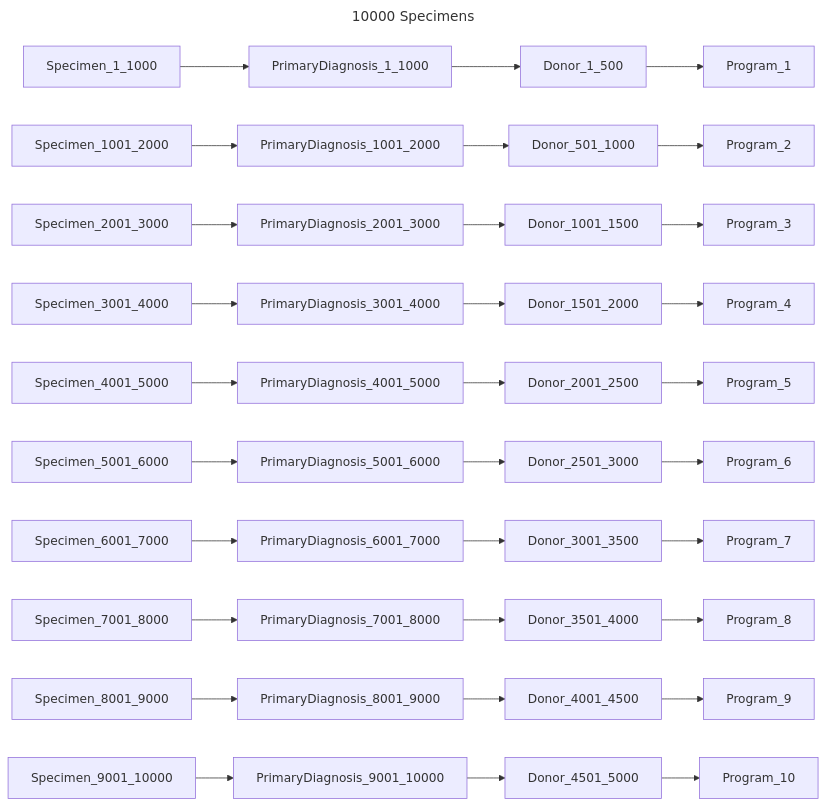
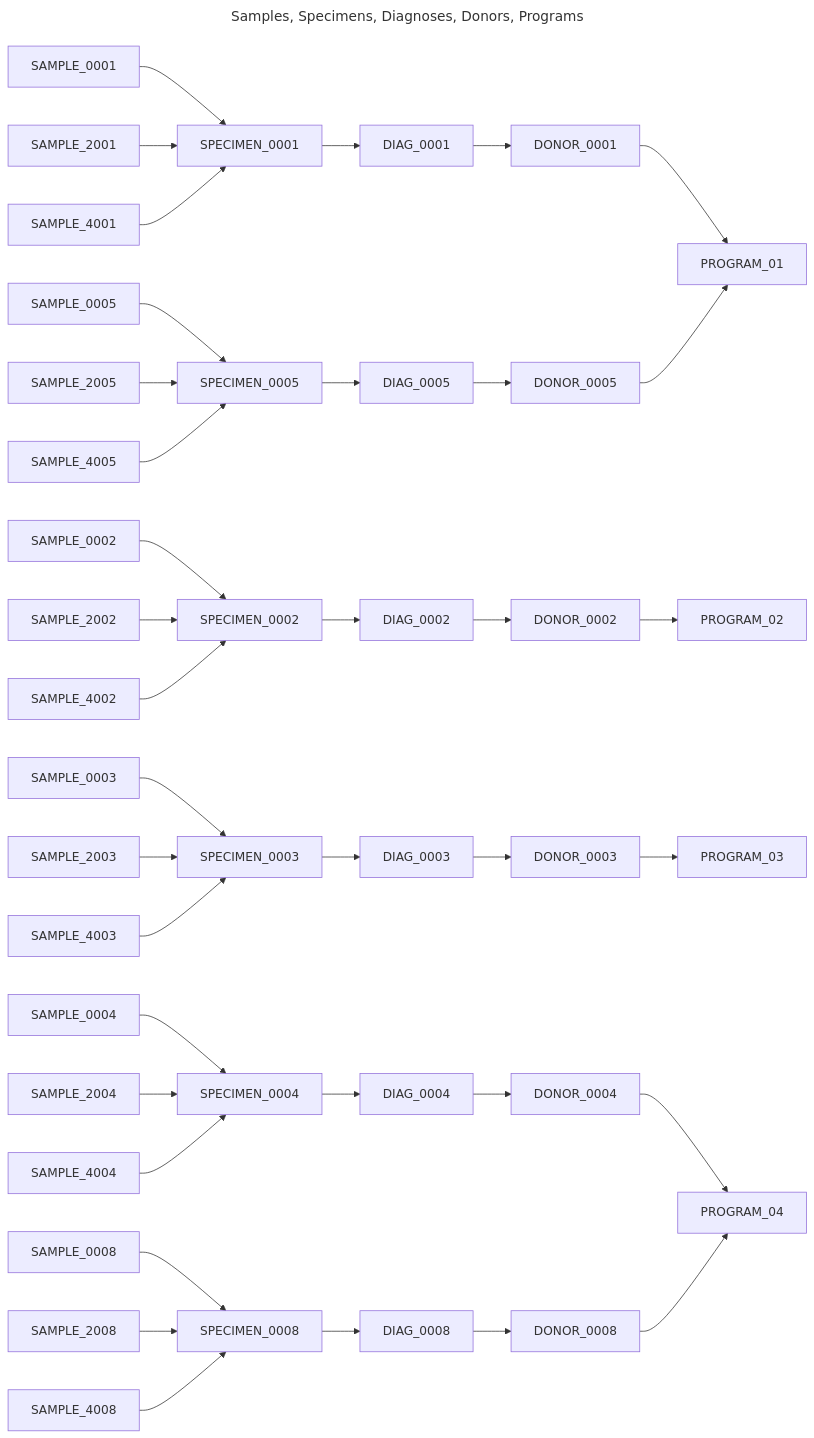
The first of 4 diagrams in chord_metadata_service/mohpackets/data/large_dataset/README.md (CanDIG/katsu), drawn with Mermaid before and after one commit. The commit also changed other lines of this file and 43 other files, not shown here.

````diff
--- a/chord_metadata_service/mohpackets/data/large_dataset/README.md
+++ b/chord_metadata_service/mohpackets/data/large_dataset/README.md
@@ -44,16 +22,30 @@
 ```mermaid
 ---
-title: 10000 Specimens
+title: Samples, Specimens, Diagnoses, Donors, Programs
 ---
 graph LR;  
-  Specimen_1_1000 --> PrimaryDiagnosis_1_1000 --> Donor_1_500 --> Program_1;
-  Specimen_1001_2000 --> PrimaryDiagnosis_1001_2000 --> Donor_501_1000 --> Program_2;
-  Specimen_2001_3000 --> PrimaryDiagnosis_2001_3000 --> Donor_1001_1500 --> Program_3;
-  Specimen_3001_4000 --> PrimaryDiagnosis_3001_4000 --> Donor_1501_2000 --> Program_4;
-  Specimen_4001_5000 --> PrimaryDiagnosis_4001_5000 --> Donor_2001_2500 --> Program_5;
-  Specimen_5001_6000 --> PrimaryDiagnosis_5001_6000 --> Donor_2501_3000 --> Program_6;
-  Specimen_6001_7000 --> PrimaryDiagnosis_6001_7000 --> Donor_3001_3500 --> Program_7;
-  Specimen_7001_8000 --> PrimaryDiagnosis_7001_8000 --> Donor_3501_4000 --> Program_8;
-  Specimen_8001_9000 --> PrimaryDiagnosis_8001_9000 --> Donor_4001_4500 --> Program_9;
-  Specimen_9001_10000 --> PrimaryDiagnosis_9001_10000 --> Donor_4501_5000 --> Program_10;
+  SPECIMEN_0001 --> DIAG_0001 --> DONOR_0001 --> PROGRAM_01;  
+  SPECIMEN_0005 --> DIAG_0005 --> DONOR_0005 --> PROGRAM_01;  
+  SPECIMEN_0002 --> DIAG_0002 --> DONOR_0002 --> PROGRAM_02;  
+  SPECIMEN_0003 --> DIAG_0003 --> DONOR_0003 --> PROGRAM_03;  
+  SPECIMEN_0004 --> DIAG_0004 --> DONOR_0004 --> PROGRAM_04;
+  SPECIMEN_0008 --> DIAG_0008 --> DONOR_0008 --> PROGRAM_04;
+  SAMPLE_0001--> SPECIMEN_0001; 
+  SAMPLE_2001--> SPECIMEN_0001;  
+  SAMPLE_4001--> SPECIMEN_0001;  
+  SAMPLE_0005--> SPECIMEN_0005;  
+  SAMPLE_2005--> SPECIMEN_0005;  
+  SAMPLE_4005--> SPECIMEN_0005;  
+  SAMPLE_0002--> SPECIMEN_0002;  
+  SAMPLE_2002--> SPECIMEN_0002;  
+  SAMPLE_4002--> SPECIMEN_0002;  
+  SAMPLE_0003--> SPECIMEN_0003;  
+  SAMPLE_2003--> SPECIMEN_0003;  
+  SAMPLE_4003--> SPECIMEN_0003;  
+  SAMPLE_0004--> SPECIMEN_0004;
+  SAMPLE_2004--> SPECIMEN_0004;
+  SAMPLE_4004--> SPECIMEN_0004;
+  SAMPLE_0008--> SPECIMEN_0008;
+  SAMPLE_2008--> SPECIMEN_0008;
+  SAMPLE_4008--> SPECIMEN_0008;
 ```
````
